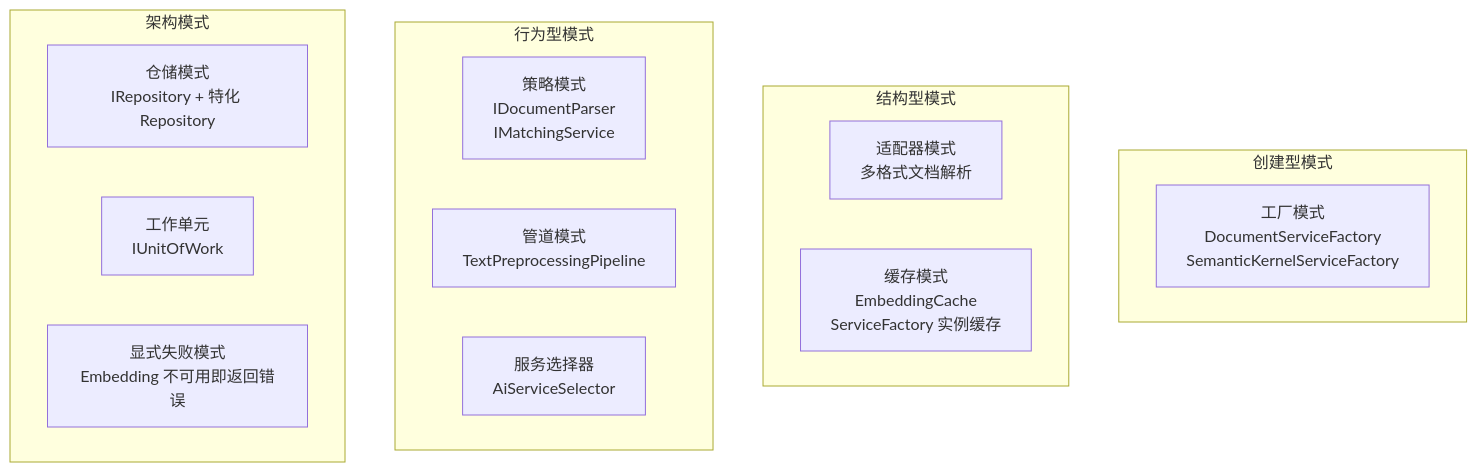
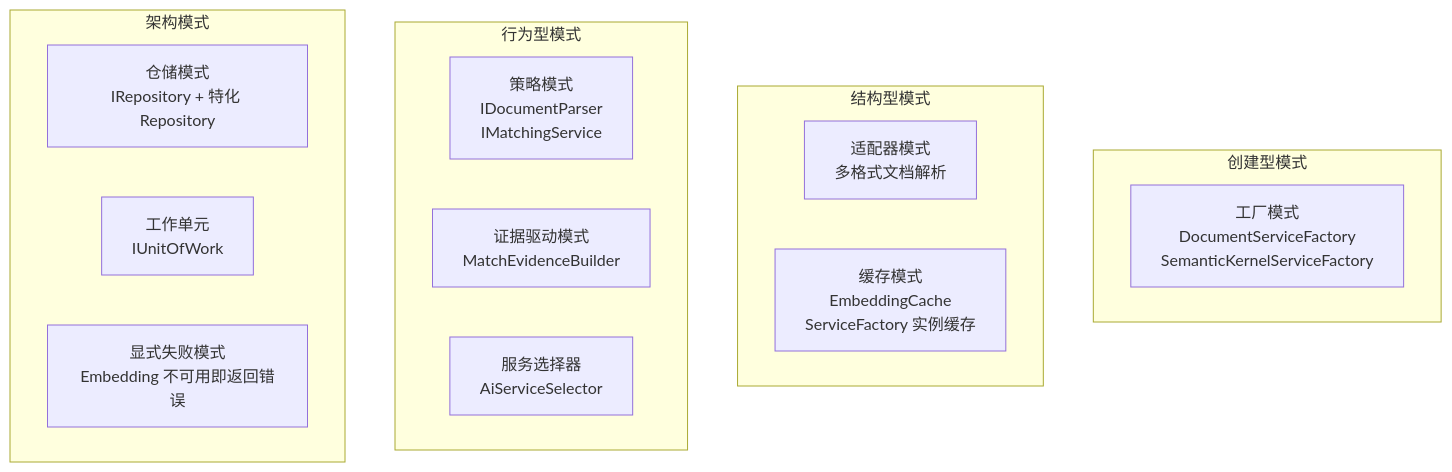
One commit to xiaocaiisxiaocai/AcceptanceSpecRecognition changed diagram 21 of 28 in docs/design-overview.md. Above: the diagram before and after it, drawn with Mermaid. The commit also changed other lines of this file and 255 other files, not shown here.

````diff
--- a/docs/design-overview.md
+++ b/docs/design-overview.md
@@ -1042,23 +1010,23 @@
 ```mermaid
 graph TB
     subgraph 创建型模式
         F1[工厂模式<br/>DocumentServiceFactory<br/>SemanticKernelServiceFactory]
     end
 
     subgraph 结构型模式
         S1[适配器模式<br/>多格式文档解析]
         S2[缓存模式<br/>EmbeddingCache<br/>ServiceFactory 实例缓存]
     end
 
     subgraph 行为型模式
         B1[策略模式<br/>IDocumentParser<br/>IMatchingService]
-        B2[管道模式<br/>TextPreprocessingPipeline]
+        B2[证据驱动模式<br/>MatchEvidenceBuilder]
         B3[服务选择器<br/>AiServiceSelector]
     end
 
     subgraph 架构模式
         A1[仓储模式<br/>IRepository + 特化 Repository]
         A2[工作单元<br/>IUnitOfWork]
         A3[显式失败模式<br/>Embedding 不可用即返回错误]
     end
 ```
````
